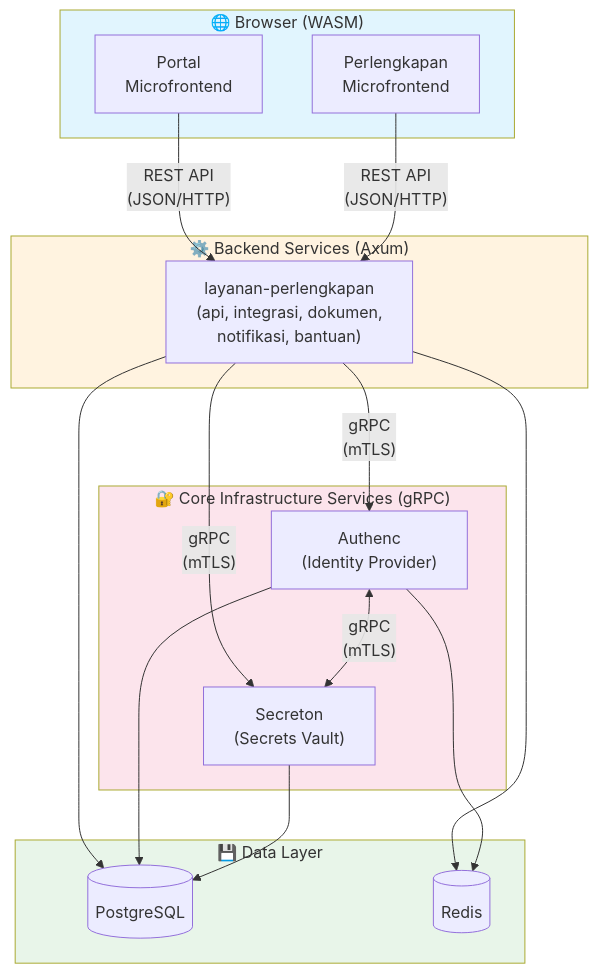
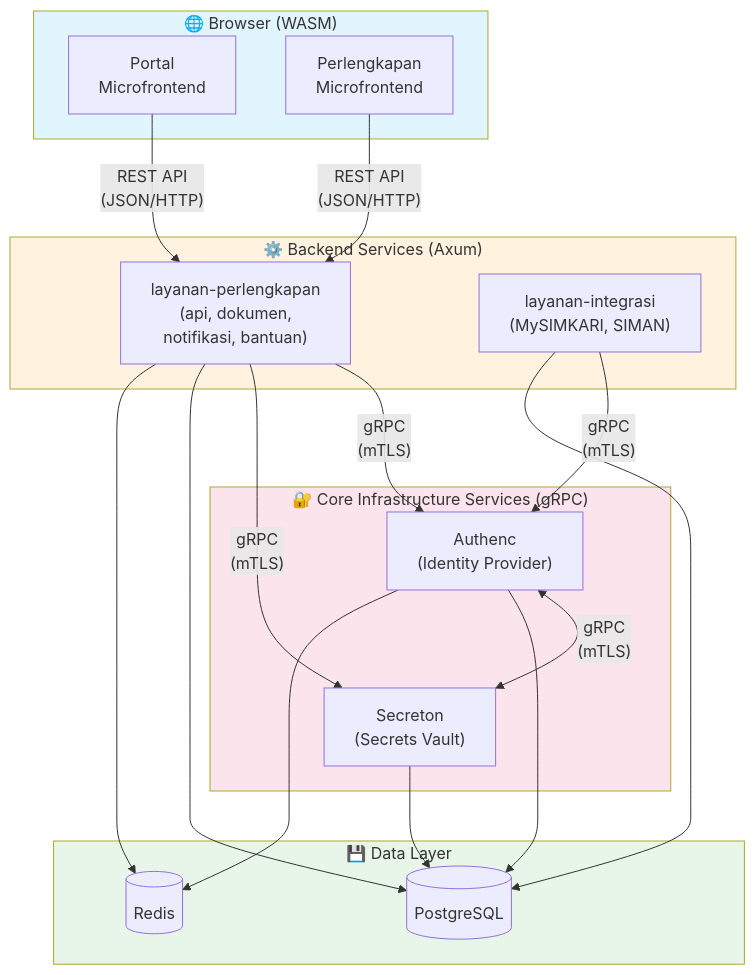
Before and after one commit to analisaperlengkapan/simpel2: the first of 3 diagrams in AGENTS.md, drawn with Mermaid. The commit also changed other lines of this file, not shown here.

Commit message:
fix: add integrasi data access connection in AGENTS.md mermaid diagram

````diff
--- a/AGENTS.md
+++ b/AGENTS.md
@@ -30,44 +30,47 @@
 ```mermaid
 flowchart TB
     subgraph Browser["🌐 Browser (WASM)"]
         MF1["Portal<br/>Microfrontend"]
         MF2["Perlengkapan<br/>Microfrontend"]
     end
 
     subgraph Backend["⚙️ Backend Services (Axum)"]
-        LP["layanan-perlengkapan<br/>(api, integrasi, dokumen,<br/>notifikasi, bantuan)"]
+        LP["layanan-perlengkapan<br/>(api, dokumen,<br/>notifikasi, bantuan)"]
+        LI["layanan-integrasi<br/>(MySIMKARI, SIMAN)"]
     end
 
     subgraph CoreServices["🔐 Core Infrastructure Services (gRPC)"]
         AUTH["Authenc<br/>(Identity Provider)"]
         SEC["Secreton<br/>(Secrets Vault)"]
     end
 
     subgraph Data["💾 Data Layer"]
         PG[(PostgreSQL)]
         RD[(Redis)]
     end
 
     %% Browser to Backend: REST API only
     MF1 -->|"REST API<br/>(JSON/HTTP)"| LP
     MF2 -->|"REST API<br/>(JSON/HTTP)"| LP
 
     %% Backend to Infrastructure: gRPC only
     LP -->|"gRPC<br/>(mTLS)"| AUTH
     LP -->|"gRPC<br/>(mTLS)"| SEC
+    LI -->|"gRPC<br/>(mTLS)"| AUTH
 
     %% Infrastructure internal
     AUTH <-->|"gRPC<br/>(mTLS)"| SEC
 
     %% Data access
     LP --> PG
     LP --> RD
+    LI --> PG
     AUTH --> PG
     AUTH --> RD
     SEC --> PG
 
     style Browser fill:#e1f5fe
     style Backend fill:#fff3e0
     style CoreServices fill:#fce4ec
     style Data fill:#e8f5e9
 ```
````
